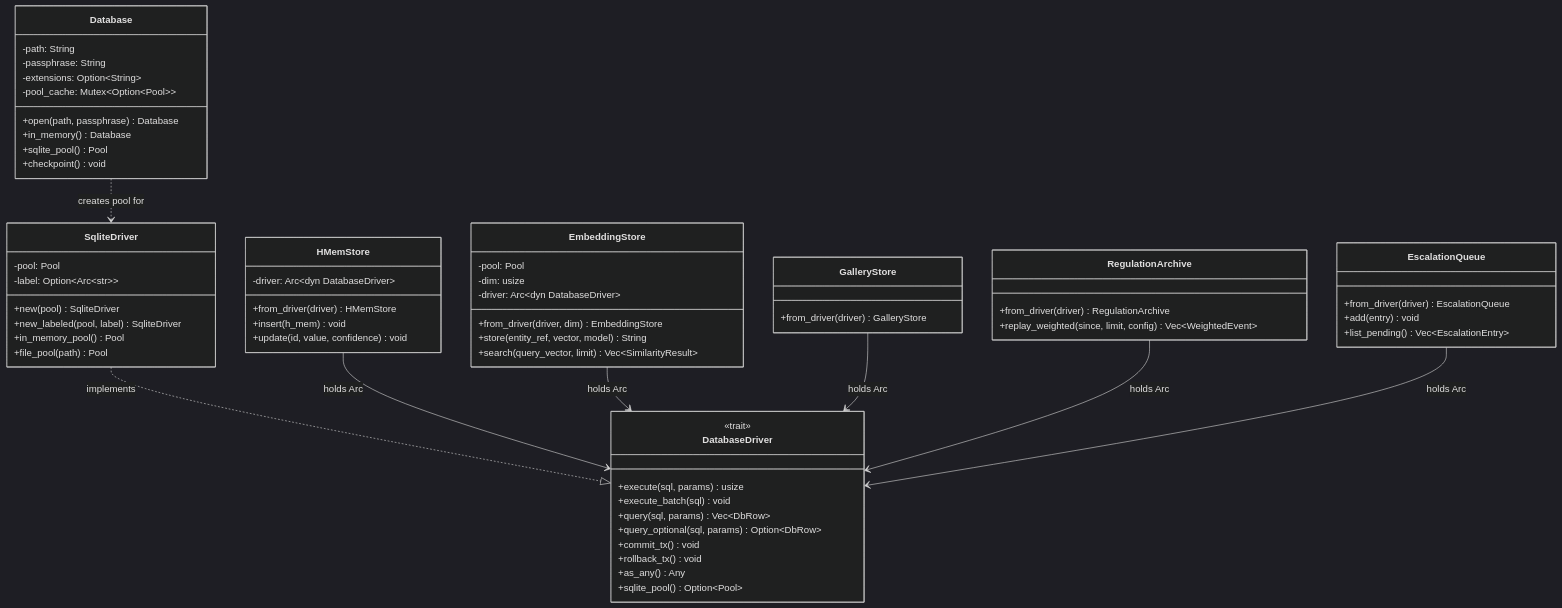
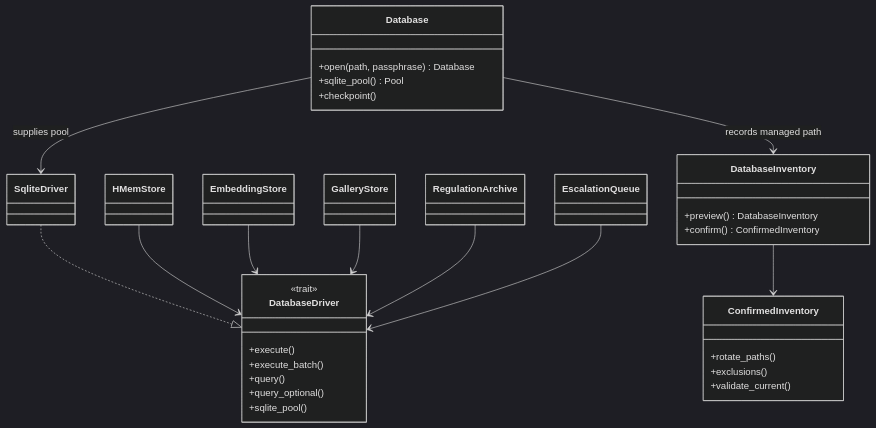
One commit to mdz-axo/zed-kask changed the first of 3 diagrams in kask/docs/diataxis/hkask-storage/reference.md. Above: the diagram before and after it, drawn with Mermaid (dark theme). The commit also changed other lines of this file and 12 other files, not shown here.

````diff
--- a/kask/docs/diataxis/hkask-storage/reference.md
+++ b/kask/docs/diataxis/hkask-storage/reference.md
@@ -122,66 +50,40 @@
 ```mermaid
 classDiagram
     class Database {
-        -path: String
-        -passphrase: String
-        -extensions: Option~String~
-        -pool_cache: Mutex~Option~Pool~~
         +open(path, passphrase) Database
-        +in_memory() Database
         +sqlite_pool() Pool
-        +checkpoint() void
+        +checkpoint()
     }
     class DatabaseDriver {
         <<trait>>
-        +execute(sql, params) usize
-        +execute_batch(sql) void
-        +query(sql, params) Vec~DbRow~
-        +query_optional(sql, params) Option~DbRow~
-        +commit_tx() void
-        +rollback_tx() void
-        +as_any() Any
-        +sqlite_pool() Option~Pool~
+        +execute()
+        +execute_batch()
+        +query()
+        +query_optional()
+        +sqlite_pool()
     }
-    class SqliteDriver {
-        -pool: Pool
-        -label: Option~Arc~str~~
-        +new(pool) SqliteDriver
-        +new_labeled(pool, label) SqliteDriver
-        +in_memory_pool() Pool
-        +file_pool(path) Pool
+    class SqliteDriver
+    class DatabaseInventory {
+        +preview() DatabaseInventory
+        +confirm() ConfirmedInventory
     }
-    class HMemStore {
-        -driver: Arc~dyn DatabaseDriver~
-        +from_driver(driver) HMemStore
-        +insert(h_mem) void
-        +update(id, value, confidence) void
+    class ConfirmedInventory {
+        +rotate_paths()
+        +exclusions()
+        +validate_current()
     }
-    class EmbeddingStore {
-        -pool: Pool
-        -dim: usize
-        -driver: Arc~dyn DatabaseDriver~
-        +from_driver(driver, dim) EmbeddingStore
-        +store(entity_ref, vector, model) String
-        +search(query_vector, limit) Vec~SimilarityResult~
-    }
-    class GalleryStore {
-        +from_driver(driver) GalleryStore
-    }
-    class RegulationArchive {
-        +from_driver(driver) RegulationArchive
-        +replay_weighted(since, limit, config) Vec~WeightedEvent~
-    }
-    class EscalationQueue {
-        +from_driver(driver) EscalationQueue
-        +add(entry) void
-        +list_pending() Vec~EscalationEntry~
-    }
-
-    Database ..> SqliteDriver : creates pool for
-    SqliteDriver ..|> DatabaseDriver : implements
-    HMemStore --> DatabaseDriver : holds Arc
-    EmbeddingStore --> DatabaseDriver : holds Arc
-    GalleryStore --> DatabaseDriver : holds Arc
-    RegulationArchive --> DatabaseDriver : holds Arc
-    EscalationQueue --> DatabaseDriver : holds Arc
+    class HMemStore
+    class EmbeddingStore
+    class GalleryStore
+    class RegulationArchive
+    class EscalationQueue
+    SqliteDriver ..|> DatabaseDriver
+    Database --> SqliteDriver : supplies pool
+    Database --> DatabaseInventory : records managed path
+    DatabaseInventory --> ConfirmedInventory
+    HMemStore --> DatabaseDriver
+    EmbeddingStore --> DatabaseDriver
+    GalleryStore --> DatabaseDriver
+    RegulationArchive --> DatabaseDriver
+    EscalationQueue --> DatabaseDriver
 ```
````
